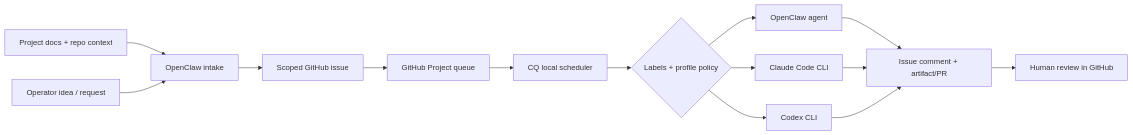
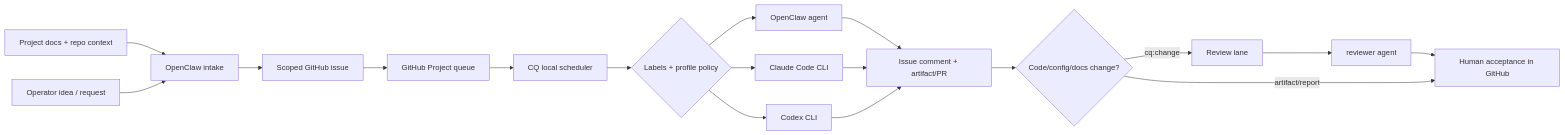
Before and after one commit to ClawQueue/ClawQueue: the diagram in README.md, drawn with Mermaid. The commit also changed other lines of this file and 11 other files, not shown here.

First line of the commit message:
Clarify reviewer extra review policy (#9)

````diff
--- a/README.md
+++ b/README.md
@@ -81,16 +81,20 @@
 ```mermaid
 flowchart LR
     A[Project docs + repo context] --> B[OpenClaw intake]
     C[Operator idea / request] --> B
     B --> D[Scoped GitHub issue]
     D --> E[GitHub Project queue]
     E --> F[CQ local scheduler]
     F --> G{Labels + profile policy}
     G --> H[OpenClaw agent]
     G --> I[Claude Code CLI]
     G --> J[Codex CLI]
     H --> K[Issue comment + artifact/PR]
     I --> K
     J --> K
-    K --> L[Human review in GitHub]
+    K --> L{Code/config/docs change?}
+    L -->|cq:change| M[Review lane]
+    M --> N[reviewer agent]
+    N --> O[Human acceptance in GitHub]
+    L -->|artifact/report| O
 ```
````
